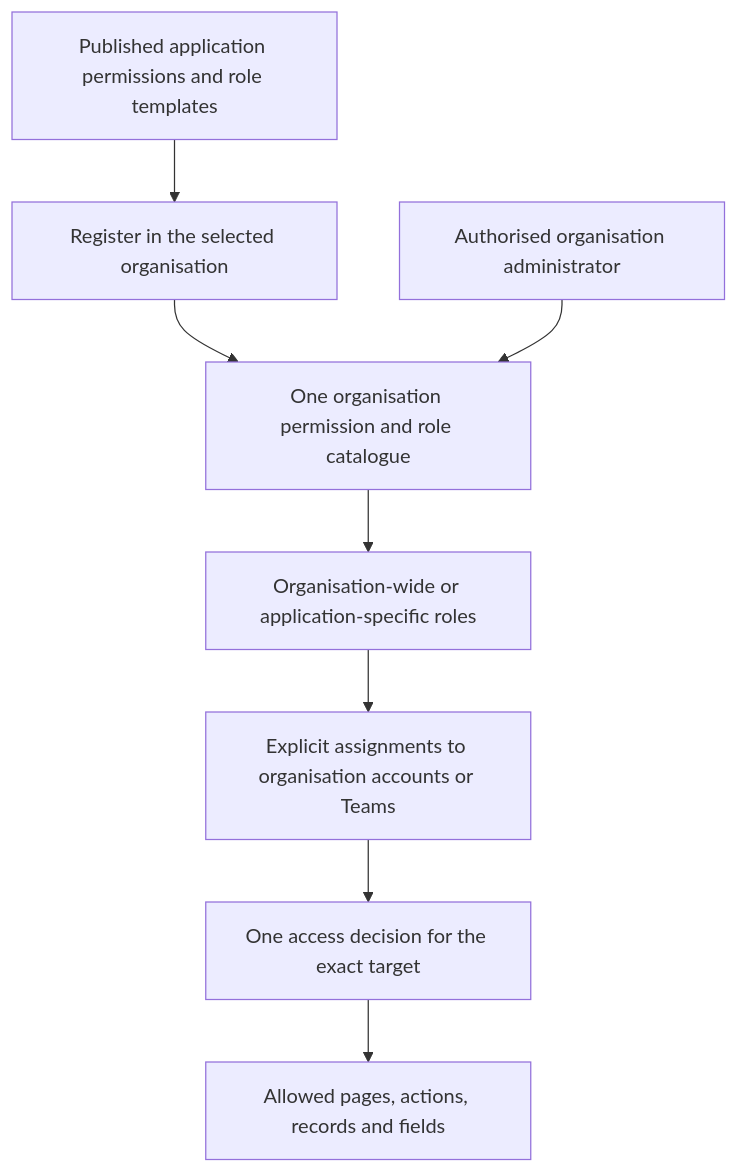
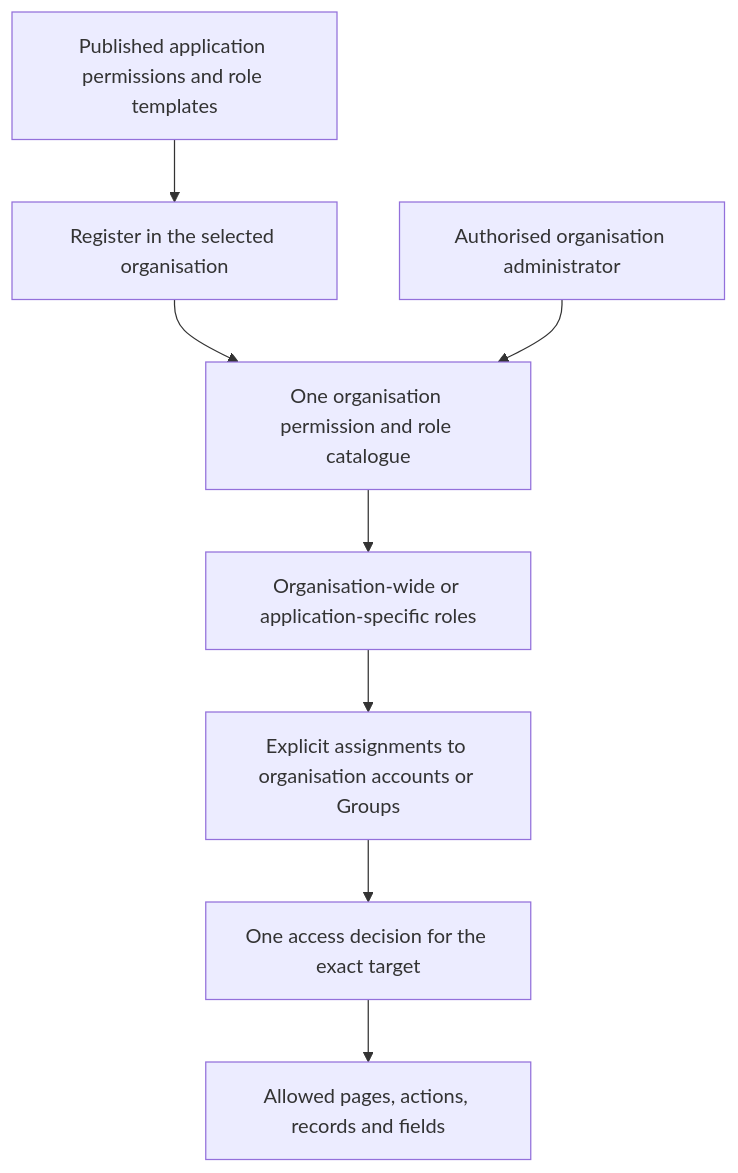
The second of 6 diagrams in docs/specification/04-access-and-permissions.md (Abzum-NZ/Abzum-Vortex), drawn with Mermaid before and after one commit. The commit also changed other lines of this file and 14 other files, not shown here.

Commit message:
Define organisation Groups and governed privileged role activation

````diff
--- a/docs/specification/04-access-and-permissions.md
+++ b/docs/specification/04-access-and-permissions.md
@@ -61,10 +63,10 @@
 ```mermaid
 flowchart TD
     DEF[Published application permissions and role templates] --> REG[Register in the selected organisation]
     REG --> CAT[One organisation permission and role catalogue]
     ADMIN[Authorised organisation administrator] --> CAT
     CAT --> ROLE[Organisation-wide or application-specific roles]
-    ROLE --> ASSIGN[Explicit assignments to organisation accounts or Teams]
+    ROLE --> ASSIGN[Explicit assignments to organisation accounts or Groups]
     ASSIGN --> CHECK[One access decision for the exact target]
     CHECK --> RESULT[Allowed pages, actions, records and fields]
 ```
````
